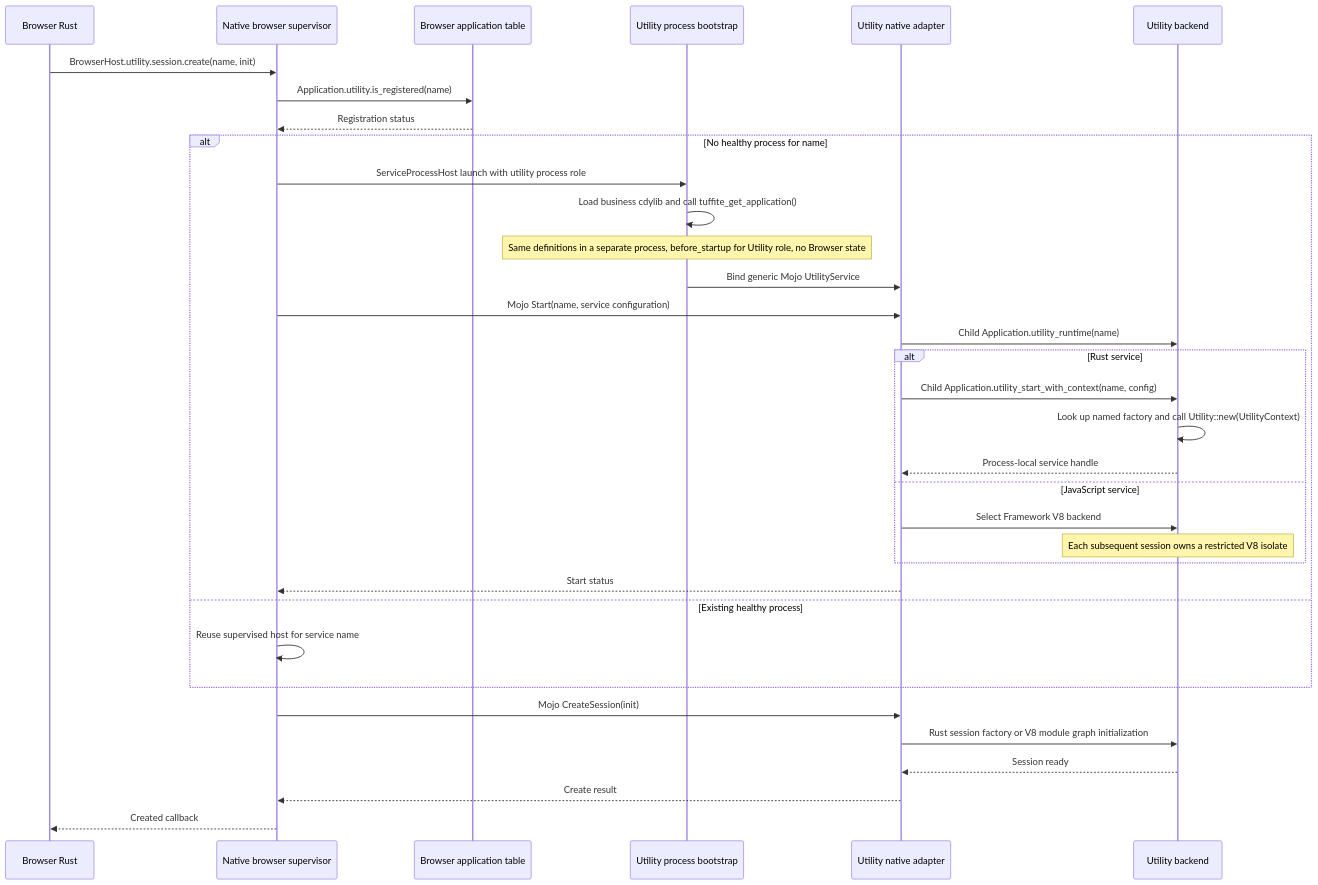
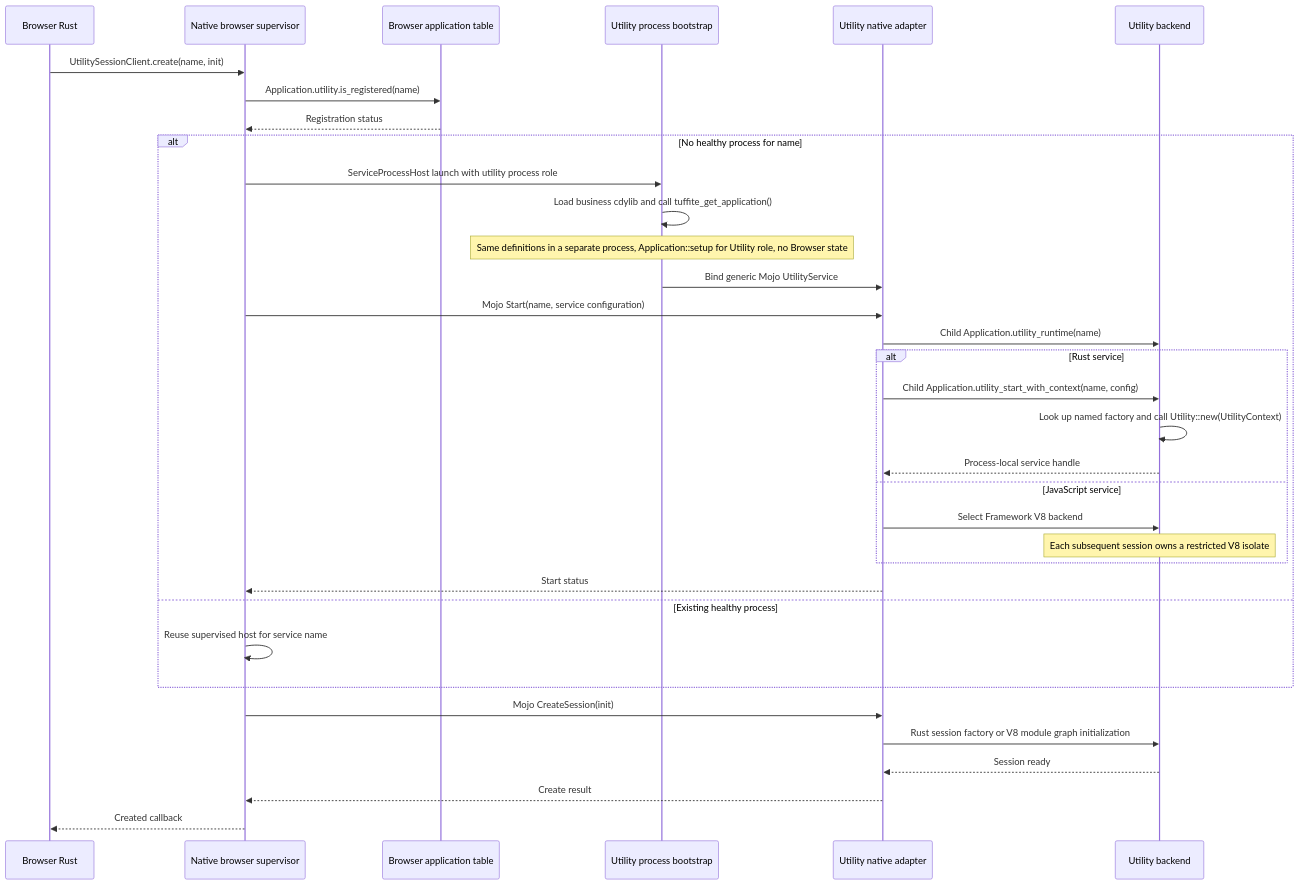
Before and after one commit to tuffite/tuffite: the sixth of 7 diagrams in crates/tuffite-abi/README.md, drawn with Mermaid. The commit also changed other lines of this file and 363 other files, not shown here.

````diff
--- a/crates/tuffite-abi/README.md
+++ b/crates/tuffite-abi/README.md
@@ -625,36 +588,36 @@
 ```mermaid
 sequenceDiagram
   participant Browser as Browser Rust
   participant Host as Native browser supervisor
   participant Registry as Browser application table
   participant Child as Utility process bootstrap
   participant Adapter as Utility native adapter
   participant Backend as Utility backend
-  Browser->>Host: BrowserHost.utility.session.create(name, init)
+  Browser->>Host: UtilitySessionClient.create(name, init)
   Host->>Registry: Application.utility.is_registered(name)
   Registry-->>Host: Registration status
   alt No healthy process for name
     Host->>Child: ServiceProcessHost launch with utility process role
     Child->>Child: Load business cdylib and call tuffite_get_application()
-    Note over Child: Same definitions in a separate process, before_startup for Utility role, no Browser state
+    Note over Child: Same definitions in a separate process, Application::setup for Utility role, no Browser state
     Child->>Adapter: Bind generic Mojo UtilityService
     Host->>Adapter: Mojo Start(name, service configuration)
     Adapter->>Backend: Child Application.utility_runtime(name)
     alt Rust service
       Adapter->>Backend: Child Application.utility_start_with_context(name, config)
       Backend->>Backend: Look up named factory and call Utility::new(UtilityContext)
       Backend-->>Adapter: Process-local service handle
     else JavaScript service
       Adapter->>Backend: Select Framework V8 backend
       Note over Backend: Each subsequent session owns a restricted V8 isolate
     end
     Adapter-->>Host: Start status
   else Existing healthy process
     Host->>Host: Reuse supervised host for service name
   end
   Host->>Adapter: Mojo CreateSession(init)
   Adapter->>Backend: Rust session factory or V8 module graph initialization
   Backend-->>Adapter: Session ready
   Adapter-->>Host: Create result
   Host-->>Browser: Created callback
 ```
````
